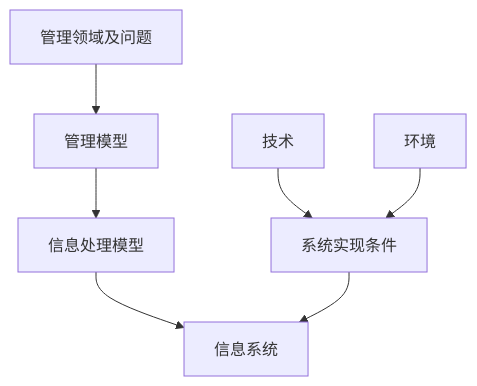
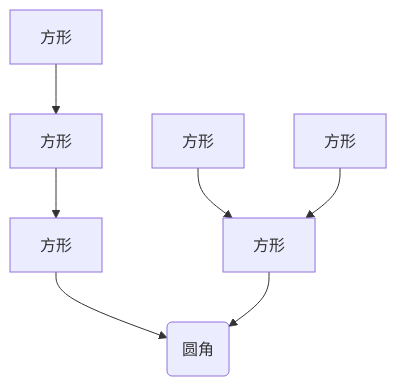
One commit to felix-xzf/felix-xzf.github.io changed the first of 2 diagrams in _posts/ttt/2019-12-23-learn.md. Above: the diagram before and after it, drawn with Mermaid. The commit also changed other lines of this file, not shown here.

````diff
--- a/_posts/ttt/2019-12-23-learn.md
+++ b/_posts/ttt/2019-12-23-learn.md
@@ -49,9 +49,9 @@
 ```mermaid
 graph TD
-管理领域及问题-->管理模型
-管理模型-->信息处理模型
-技术-->系统实现条件
-环境-->系统实现条件
-信息处理模型-->信息系统
-系统实现条件-->信息系统
+管理领域及问题[方形] --> 管理模型[方形]
+管理模型[方形] --> 信息处理模型[方形]
+技术[方形] --> 系统实现条件[方形]
+环境[方形] --> 系统实现条件[方形]
+信息处理模型[方形] --> 信息系统(圆角)
+系统实现条件[方形] --> 信息系统(圆角)
 ```
````
